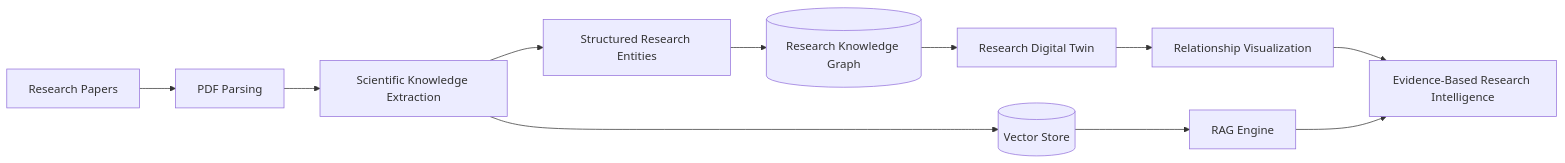
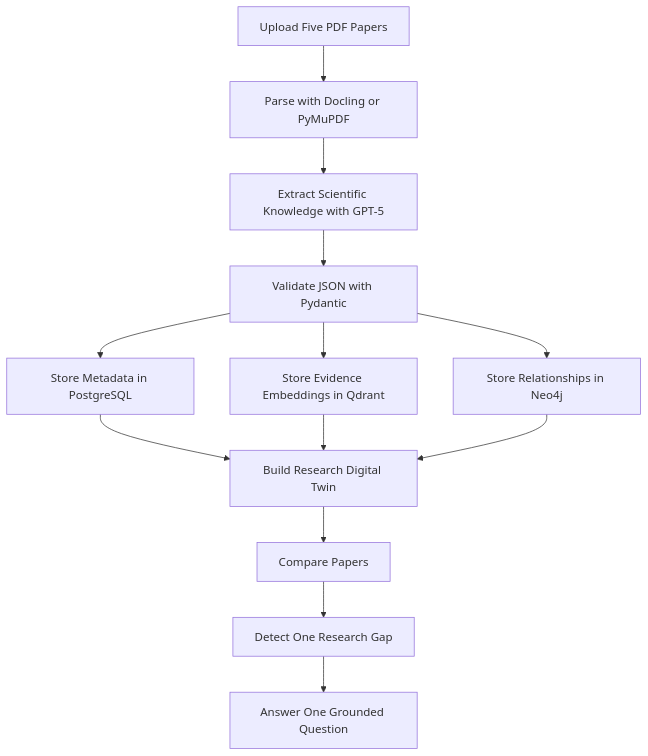
Before and after one commit to farahalmujaljel/Burhan: the diagram in README.md, drawn with Mermaid. The commit also changed other lines of this file and 29 other files, not shown here.

````diff
--- a/README.md
+++ b/README.md
@@ -102,24 +27,23 @@
 ```mermaid
-flowchart LR
+flowchart TD
+    A[Upload Five PDF Papers]
+    B[Parse with Docling or PyMuPDF]
+    C[Extract Scientific Knowledge with GPT-5]
+    D[Validate JSON with Pydantic]
+    E[Store Metadata in PostgreSQL]
+    F[Store Evidence Embeddings in Qdrant]
+    G[Store Relationships in Neo4j]
+    H[Build Research Digital Twin]
+    I[Compare Papers]
+    J[Detect One Research Gap]
+    K[Answer One Grounded Question]
 
-    A[Research Papers]
-    --> B[PDF Parsing]
-
-    B --> C[Scientific Knowledge Extraction]
-
-    C --> D[Structured Research Entities]
-
-    D --> E[(Research Knowledge Graph)]
-
-    E --> F[Research Digital Twin]
-
-    C --> G[(Vector Store)]
-
-    G --> H[RAG Engine]
-
-    F --> I[Relationship Visualization]
-
-    I --> J[Evidence-Based Research Intelligence]
-
-    H --> J
+    A --> B --> C --> D
+    D --> E
+    D --> F
+    D --> G
+    E --> H
+    F --> H
+    G --> H
+    H --> I --> J --> K
 ```
````
